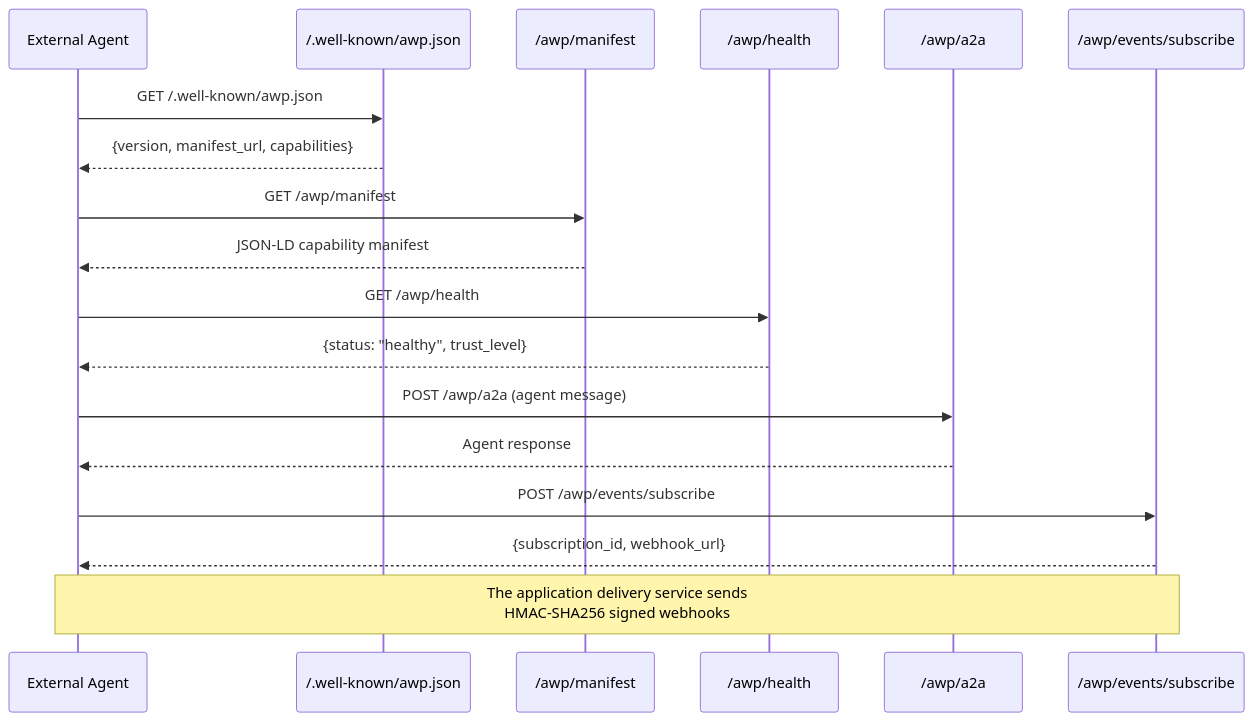
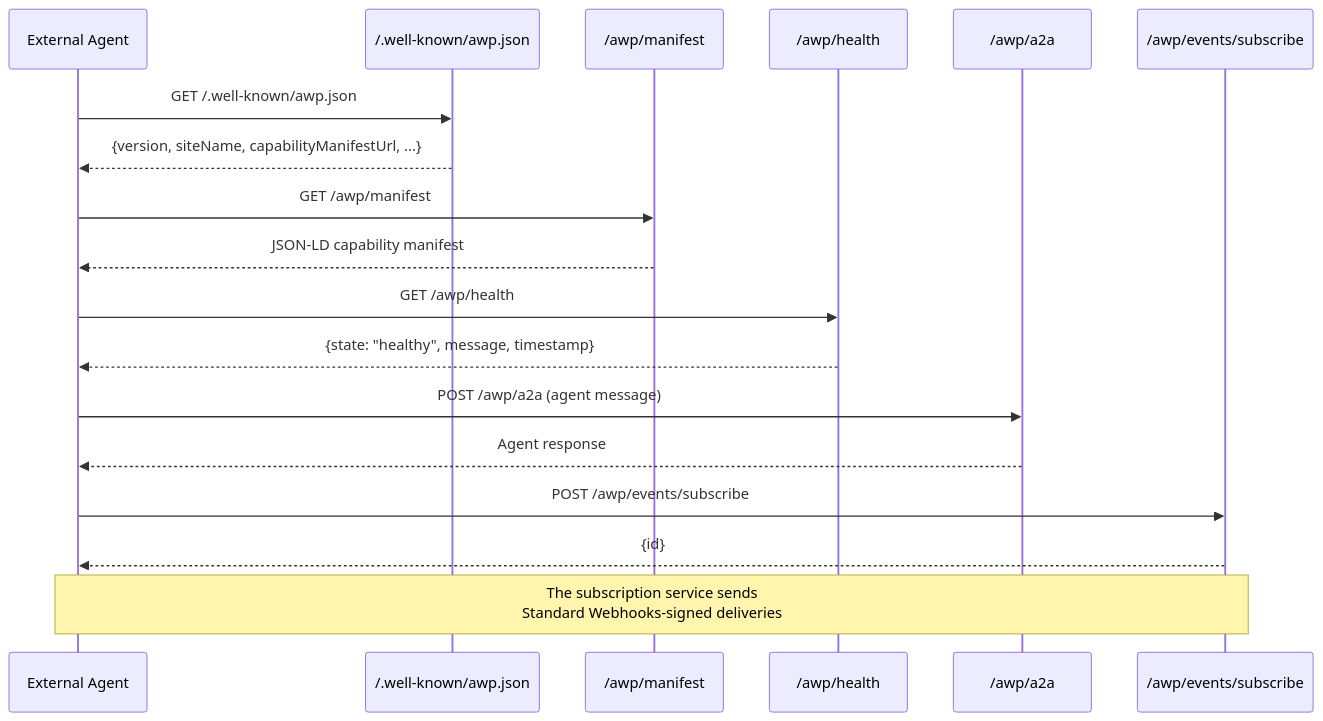
One commit to zavora-ai/adk-rust changed the diagram in docs/official_docs/deployment/awp.md. Above: the diagram before and after it, drawn with Mermaid. The commit also changed other lines of this file and 5 other files, not shown here.

````diff
--- a/docs/official_docs/deployment/awp.md
+++ b/docs/official_docs/deployment/awp.md
@@ -20,25 +20,25 @@
 ```mermaid
 sequenceDiagram
     participant ExtAgent as External Agent
     participant Discovery as /.well-known/awp.json
     participant Manifest as /awp/manifest
     participant Health as /awp/health
     participant A2A as /awp/a2a
     participant Events as /awp/events/subscribe
 
     ExtAgent->>Discovery: GET /.well-known/awp.json
-    Discovery-->>ExtAgent: {version, manifest_url, capabilities}
+    Discovery-->>ExtAgent: {version, siteName, capabilityManifestUrl, ...}
     
     ExtAgent->>Manifest: GET /awp/manifest
     Manifest-->>ExtAgent: JSON-LD capability manifest
     
     ExtAgent->>Health: GET /awp/health
-    Health-->>ExtAgent: {status: "healthy", trust_level}
+    Health-->>ExtAgent: {state: "healthy", message, timestamp}
     
     ExtAgent->>A2A: POST /awp/a2a (agent message)
     A2A-->>ExtAgent: Agent response
     
     ExtAgent->>Events: POST /awp/events/subscribe
-    Events-->>ExtAgent: {subscription_id, webhook_url}
-    Note over Events,ExtAgent: The application delivery service sends<br/>HMAC-SHA256 signed webhooks
+    Events-->>ExtAgent: {id}
+    Note over Events,ExtAgent: The subscription service sends<br/>Standard Webhooks-signed deliveries
 ```
````
